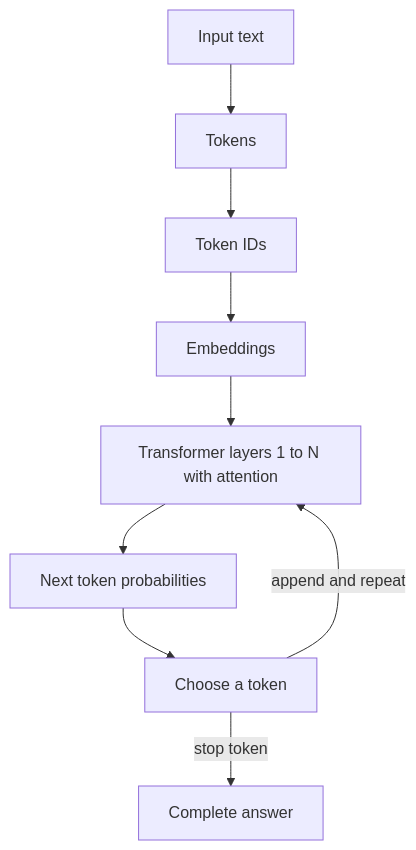
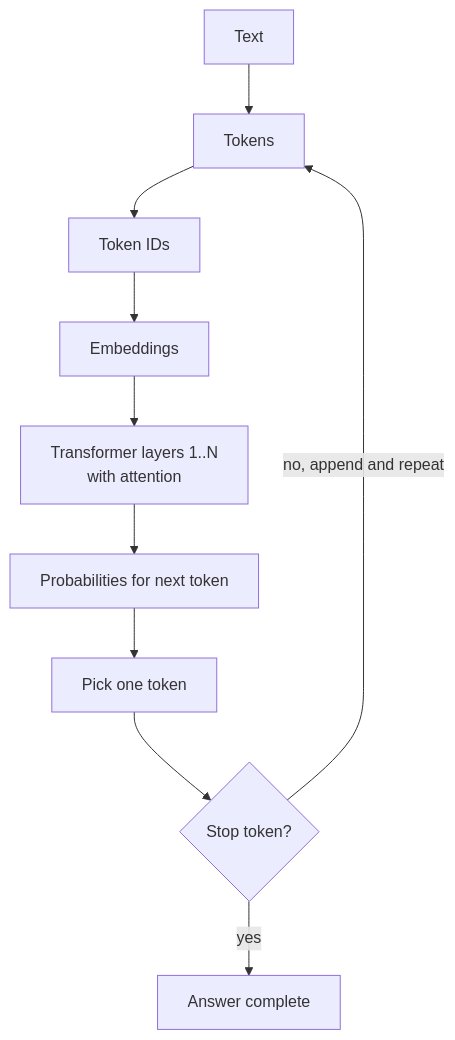
Before and after one commit to kaisarnajar/outcome-school-blogs: the first of 3 diagrams in notes/step-03-generative-ai-and-the-transformer-architecture/045-large-language-model-llm.md, drawn with Mermaid. The commit also changed other lines of this file and 233 other files, not shown here.

````diff
--- a/notes/step-03-generative-ai-and-the-transformer-architecture/045-large-language-model-llm.md
+++ b/notes/step-03-generative-ai-and-the-transformer-architecture/045-large-language-model-llm.md
@@ -43,11 +62,10 @@
 ```mermaid
 flowchart TD
-    A["Input text"] --> B["Tokens"]
-    B --> C["Token IDs"]
-    C --> D["Embeddings"]
-    D --> E["Transformer layers 1 to N with attention"]
-    E --> F["Next token probabilities"]
-    F --> G["Choose a token"]
-    G -->|"append and repeat"| E
-    G -->|"stop token"| H["Complete answer"]
+    A["Text"] --> B["Tokens"] --> C["Token IDs"] --> D["Embeddings"]
+    D --> E["Transformer layers 1..N<br/>with attention"]
+    E --> F["Probabilities for next token"]
+    F --> G["Pick one token"]
+    G --> H{"Stop token?"}
+    H -->|"no, append and repeat"| B
+    H -->|"yes"| I["Answer complete"]
 ```
````
